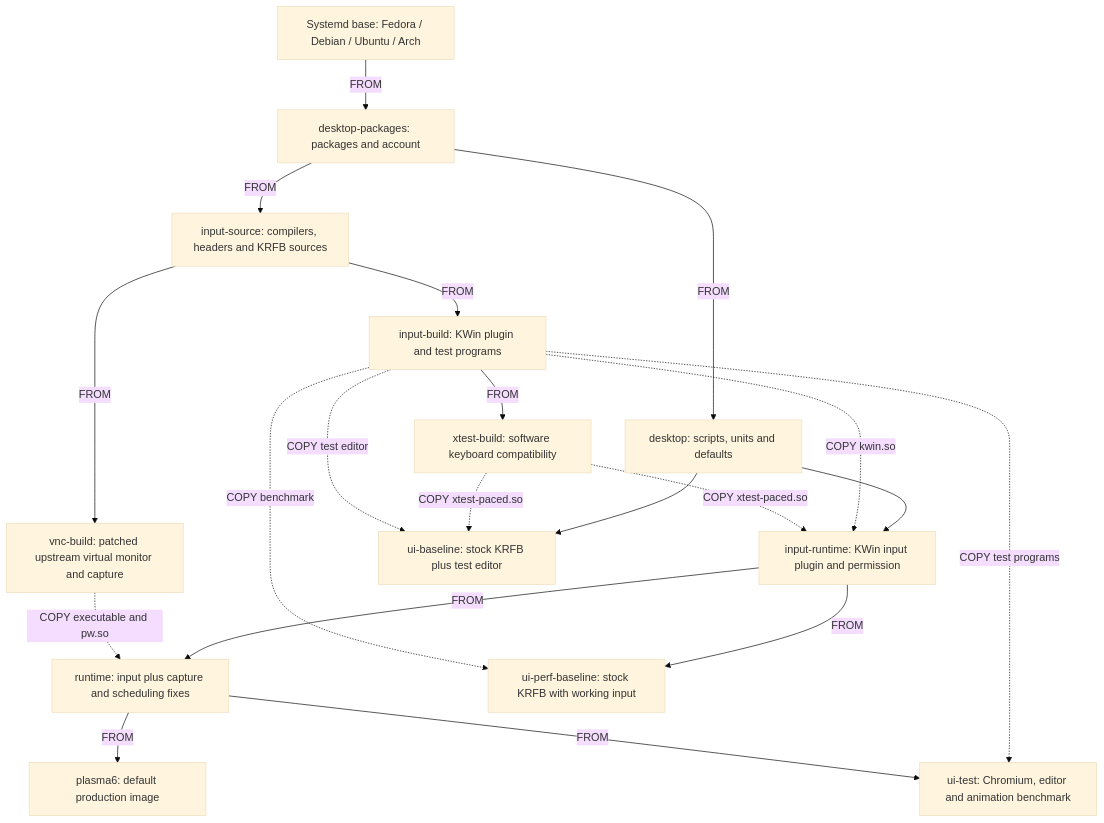
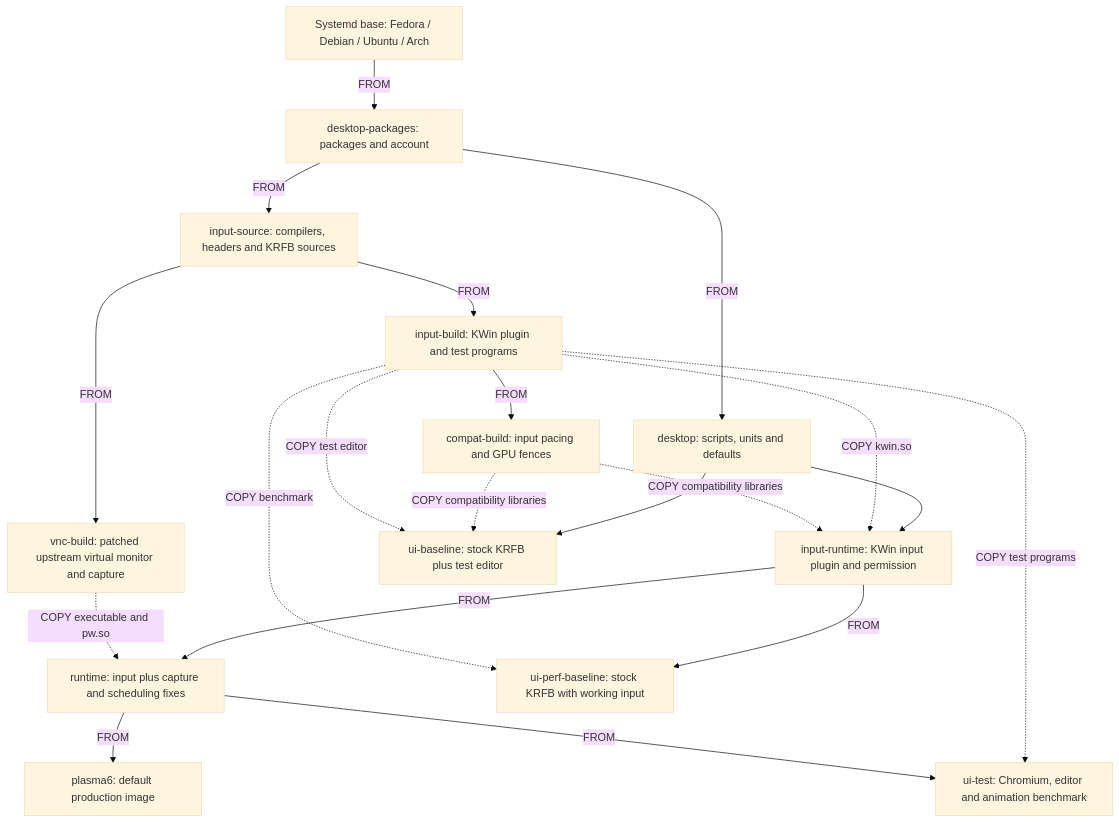
The diagram in docs/diagrams/build-stages.mmd (skynet-core/kde-container), drawn with Mermaid (base theme) before and after one commit. The commit also changed 18 other files, not shown here.

```diff
--- a/docs/diagrams/build-stages.mmd
+++ b/docs/diagrams/build-stages.mmd
@@ -1,33 +1,33 @@
 flowchart TD
     base["Systemd base: Fedora / Debian / Ubuntu / Arch"]
     packages["desktop-packages: packages and account"]
     desktop["desktop: scripts, units and defaults"]
     source["input-source: compilers, headers and KRFB sources"]
     build["input-build: KWin plugin and test programs"]
-    xtest["xtest-build: software keyboard compatibility"]
+    xtest["compat-build: input pacing and GPU fences"]
     input["input-runtime: KWin input plugin and permission"]
     vnc["vnc-build: patched upstream virtual monitor and capture"]
     runtime["runtime: input plus capture and scheduling fixes"]
     final["plasma6: default production image"]
     ui["ui-test: Chromium, editor and animation benchmark"]
     baseline["ui-baseline: stock KRFB plus test editor"]
     perfbaseline["ui-perf-baseline: stock KRFB with working input"]
     base -->|FROM| packages
     packages -->|FROM| desktop
     packages -->|FROM| source
     source -->|FROM| build
     desktop --> input
     desktop --> baseline
     source -->|FROM| vnc
     build -->|FROM| xtest
     input -->|FROM| runtime
     input -->|FROM| perfbaseline
     build -. "COPY kwin.so" .-> input
-    xtest -. "COPY xtest-paced.so" .-> input
-    xtest -. "COPY xtest-paced.so" .-> baseline
+    xtest -. "COPY compatibility libraries" .-> input
+    xtest -. "COPY compatibility libraries" .-> baseline
     vnc -. "COPY executable and pw.so" .-> runtime
     build -. "COPY test editor" .-> baseline
     build -. "COPY benchmark" .-> perfbaseline
     build -. "COPY test programs" .-> ui
     runtime -->|FROM| final
     runtime -->|FROM| ui
```
